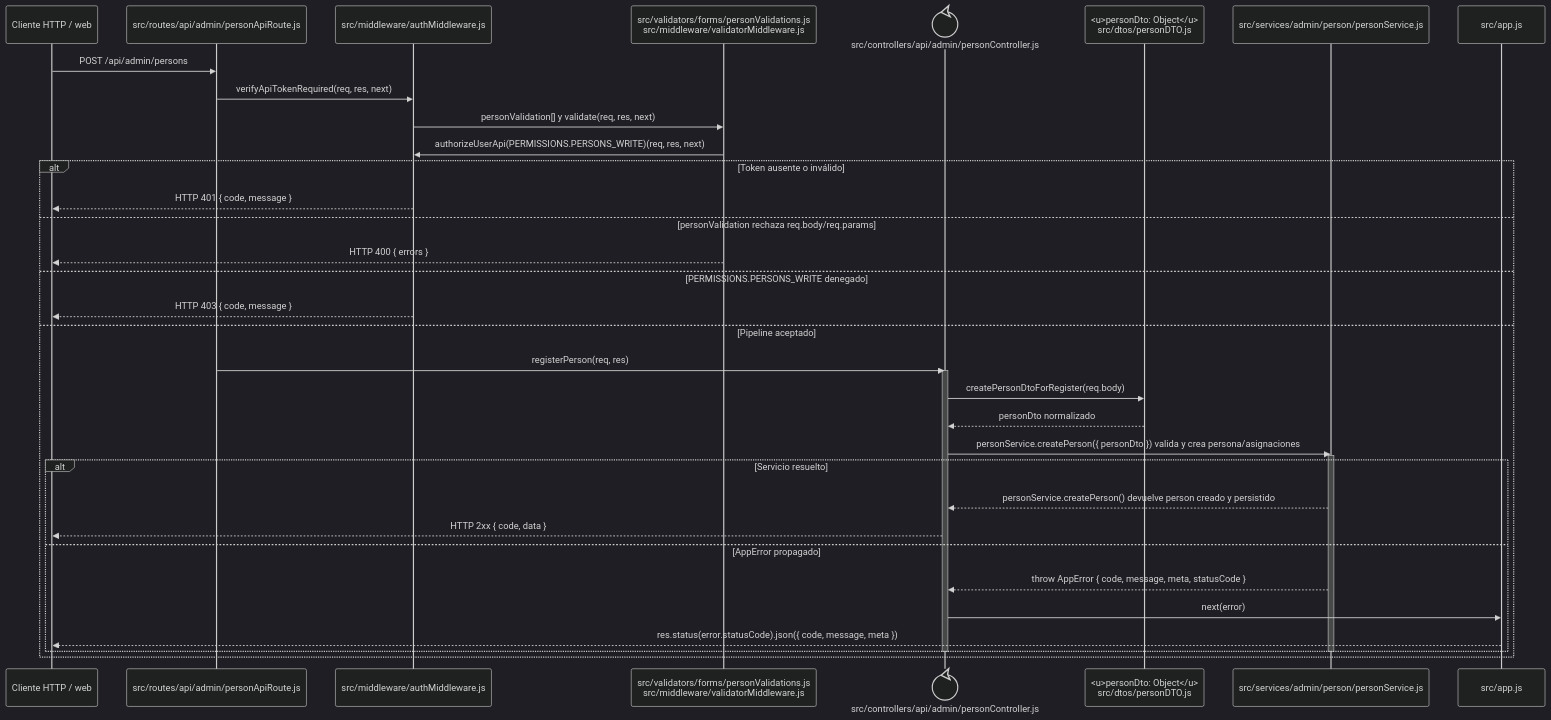
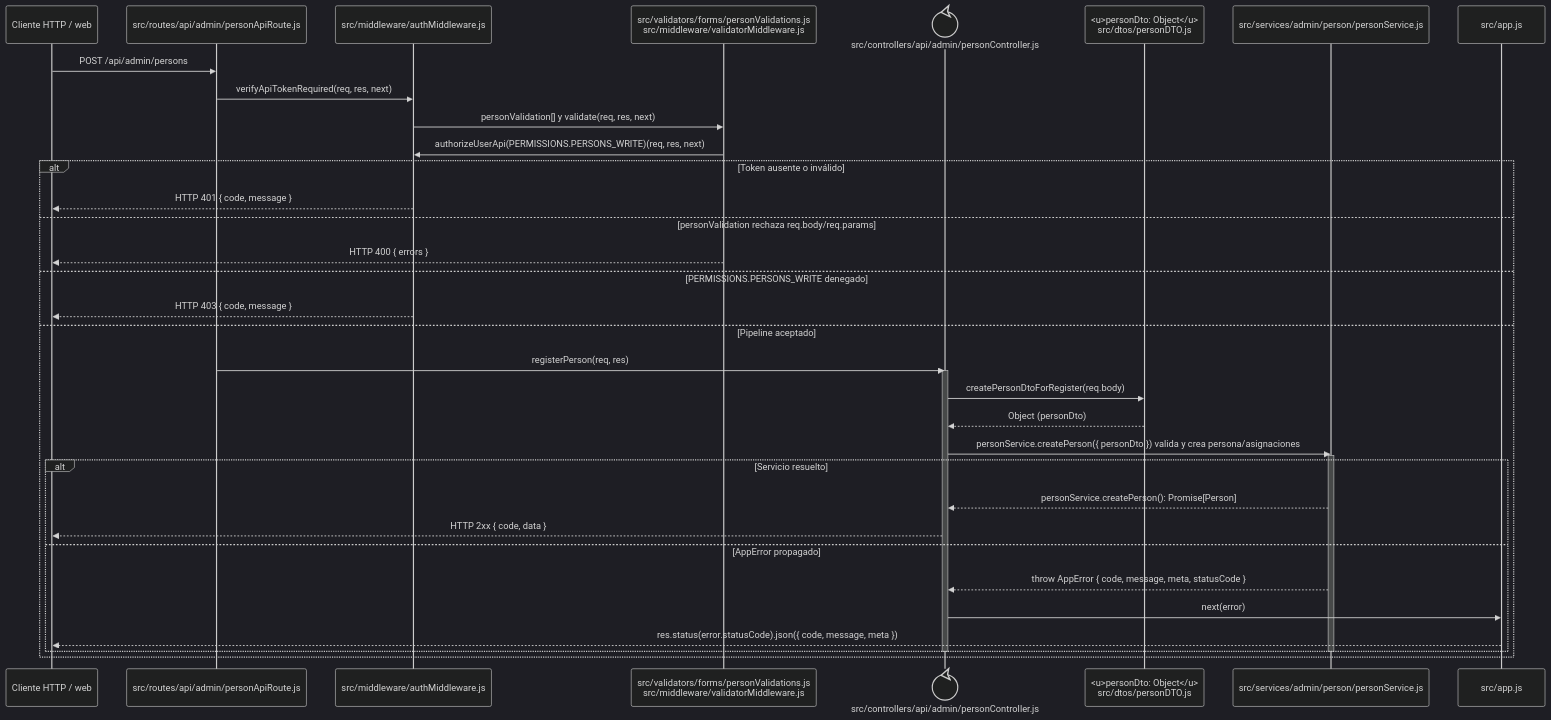
The diagram in docs/architecture/backend-code-sequences/identity-access/cu-ida-02.md (gpgsistemas01/nexus), drawn with Mermaid (dark theme) before and after one commit. The commit also changed 146 other files, not shown here.

````diff
--- a/docs/architecture/backend-code-sequences/identity-access/cu-ida-02.md
+++ b/docs/architecture/backend-code-sequences/identity-access/cu-ida-02.md
@@ -6,40 +6,40 @@
 ```mermaid
 sequenceDiagram
     participant Client as Cliente HTTP / web
     participant Route as src/routes/api/admin/personApiRoute.js
     participant Auth as src/middleware/authMiddleware.js
     participant Validator as src/validators/forms/personValidations.js<br/>src/middleware/validatorMiddleware.js
     participant Controller@{ "type": "control" } as src/controllers/api/admin/personController.js
     participant PersonDto as <u>personDto: Object</u><br/>src/dtos/personDTO.js
     participant Domain as src/services/admin/person/personService.js
     participant ErrorHandler as src/app.js
 
     Client->>Route: POST /api/admin/persons
     Route->>Auth: verifyApiTokenRequired(req, res, next)
     Auth->>Validator: personValidation[] y validate(req, res, next)
     Validator->>Auth: authorizeUserApi(PERMISSIONS.PERSONS_WRITE)(req, res, next)
     alt Token ausente o inválido
         Auth-->>Client: HTTP 401 { code, message }
     else personValidation rechaza req.body/req.params
         Validator-->>Client: HTTP 400 { errors }
     else PERMISSIONS.PERSONS_WRITE denegado
         Auth-->>Client: HTTP 403 { code, message }
     else Pipeline aceptado
         Route->>Controller: registerPerson(req, res)
         activate Controller
         Controller->>PersonDto: createPersonDtoForRegister(req.body)
-        PersonDto-->>Controller: personDto normalizado
+        PersonDto-->>Controller: Object (personDto)
         Controller->>Domain: personService.createPerson({ personDto }) valida y crea persona/asignaciones
         activate Domain
         alt Servicio resuelto
-            Domain-->>Controller: personService.createPerson() devuelve person creado y persistido
+            Domain-->>Controller: personService.createPerson(): Promise[Person]
             Controller-->>Client: HTTP 2xx { code, data }
         else AppError propagado
             Domain-->>Controller: throw AppError { code, message, meta, statusCode }
             Controller->>ErrorHandler: next(error)
             ErrorHandler-->>Client: res.status(error.statusCode).json({ code, message, meta })
         end
         deactivate Domain
         deactivate Controller
     end
 ```
````
